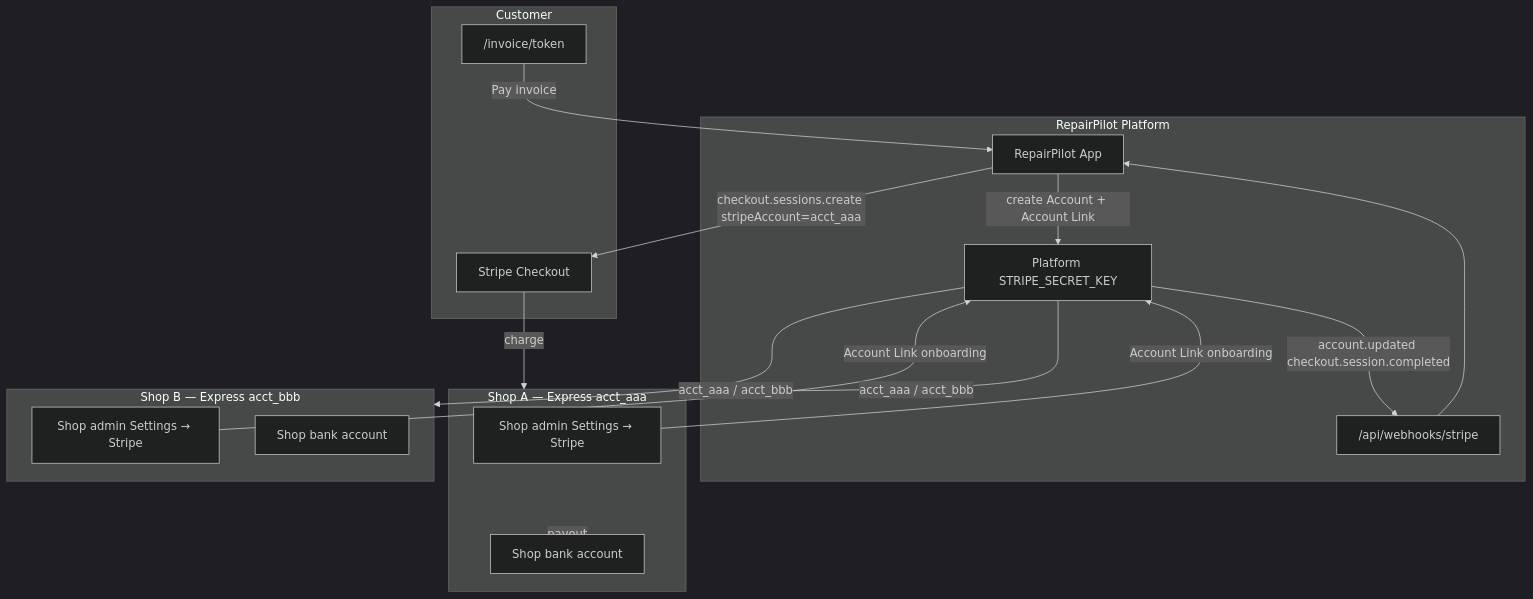
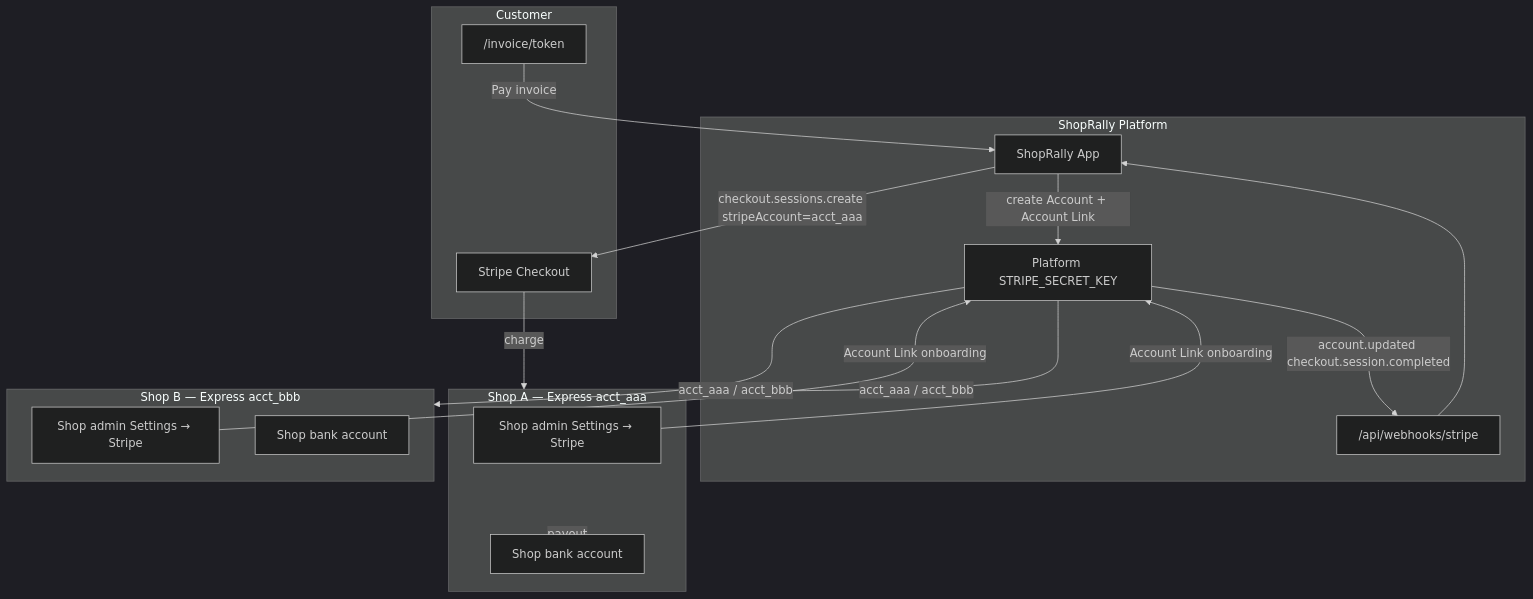
Before and after one commit to tabishdavid-coder/ShopRallyLLC: the diagram in docs/stripe-connect-shop-payments.md, drawn with Mermaid (dark theme). The commit also changed other lines of this file and 646 other files, not shown here.

First line of the commit message:
chore(repo): ShopRally brand cleanup, PM handoff, trim lab media

````diff
--- a/docs/stripe-connect-shop-payments.md
+++ b/docs/stripe-connect-shop-payments.md
@@ -29,37 +29,37 @@
 ```mermaid
 flowchart TB
-  subgraph Platform["RepairPilot Platform"]
-    RP[RepairPilot App]
+  subgraph Platform["ShopRally Platform"]
+    RP[ShopRally App]
     PK[Platform STRIPE_SECRET_KEY]
     WH["/api/webhooks/stripe"]
   end
 
   subgraph ShopA["Shop A — Express acct_aaa"]
     SA[Shop admin Settings → Stripe]
     BA[Shop bank account]
   end
 
   subgraph ShopB["Shop B — Express acct_bbb"]
     SB[Shop admin Settings → Stripe]
     BB[Shop bank account]
   end
 
   subgraph Customer["Customer"]
     INV["/invoice/token"]
     CHK[Stripe Checkout]
   end
 
   RP -->|create Account + Account Link| PK
   SA -->|Account Link onboarding| PK
   SB -->|Account Link onboarding| PK
   PK -->|acct_aaa / acct_bbb| ShopA
   PK -->|acct_aaa / acct_bbb| ShopB
 
   INV -->|Pay invoice| RP
   RP -->|checkout.sessions.create stripeAccount=acct_aaa| CHK
   CHK -->|charge| ShopA
   ShopA -->|payout| BA
 
   PK -->|account.updated checkout.session.completed| WH
   WH --> RP
 ```
````
